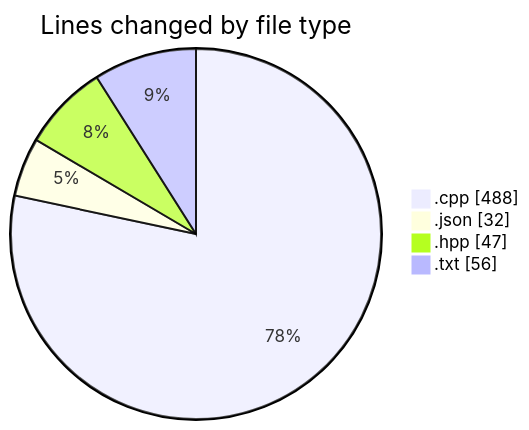
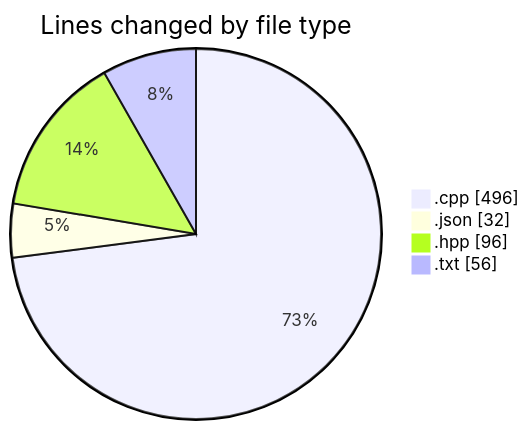
The first of 2 diagrams in 2025-04-21/echo/README.md (Netris89/code-tracking), drawn with Mermaid before and after one commit. The commit also changed other lines of this file and 1 other file, not shown here.

````diff
--- a/2025-04-21/echo/README.md
+++ b/2025-04-21/echo/README.md
@@ -25,8 +25,8 @@
 ```mermaid
 pie showData
 title Lines changed by file type
-".cpp" : 488
+".cpp" : 496
 ".json" : 32
-".hpp" : 47
+".hpp" : 96
 ".txt" : 56
 ```
````
